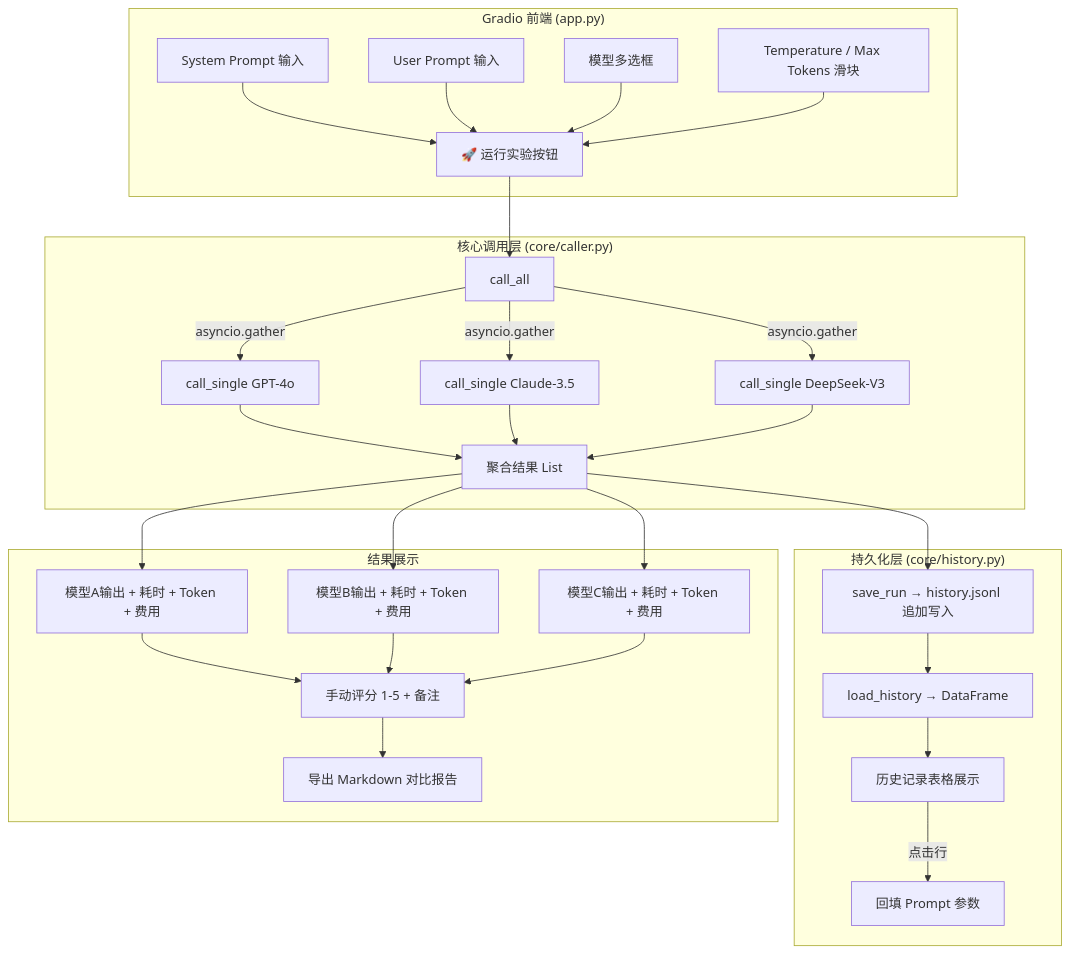
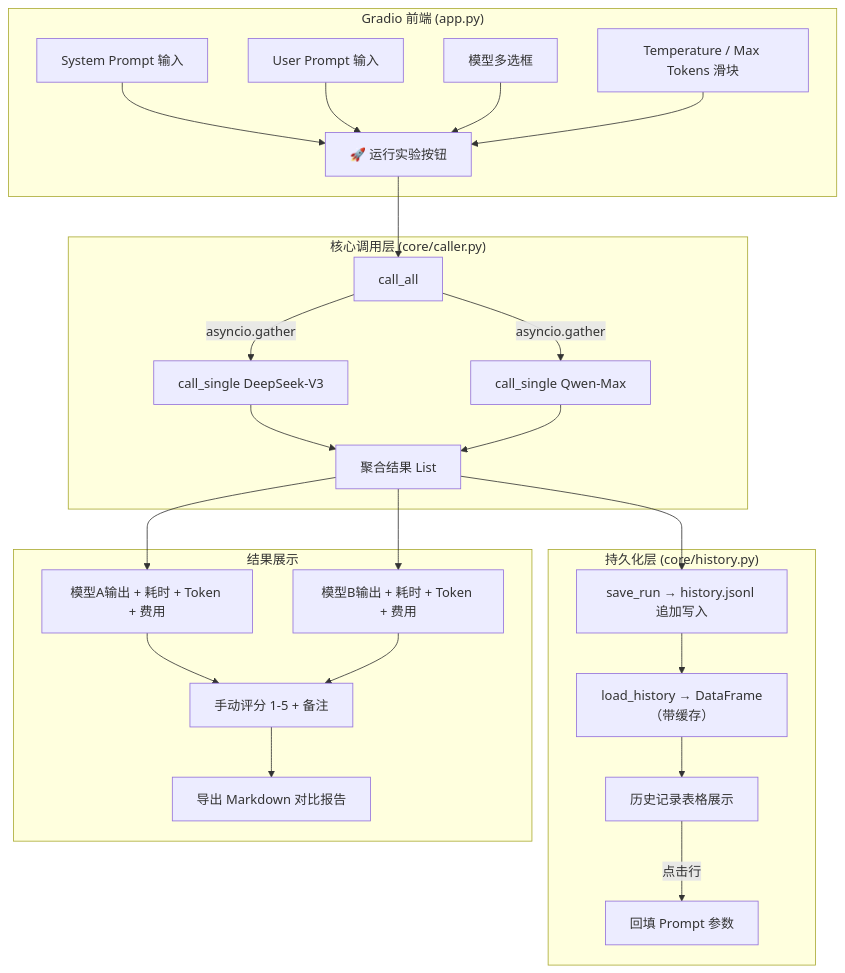
The diagram in docs/AI Agent 与大模型应用开发实战手册/第一章 大模型基础与 API 实战/1.3.2 【动手二】构建一个提示词调试器.md (swf2020/AI-Agent-in-Practice), drawn with Mermaid before and after one commit. The commit also changed other lines of this file and 40 other files, not shown here.

````diff
--- a/docs/AI Agent 与大模型应用开发实战手册/第一章 大模型基础与 API 实战/1.3.2 【动手二】构建一个提示词调试器.md
+++ b/docs/AI Agent 与大模型应用开发实战手册/第一章 大模型基础与 API 实战/1.3.2 【动手二】构建一个提示词调试器.md
@@ -17,37 +17,33 @@
 ```mermaid
 graph TD
     subgraph UI["Gradio 前端 (app.py)"]
         A[System Prompt 输入] --> E
         B[User Prompt 输入] --> E
         C[模型多选框] --> E
         D[Temperature / Max Tokens 滑块] --> E
         E[🚀 运行实验按钮]
     end
 
     subgraph Core["核心调用层 (core/caller.py)"]
         E --> F[call_all]
-        F -->|asyncio.gather| G1[call_single GPT-4o]
-        F -->|asyncio.gather| G2[call_single Claude-3.5]
-        F -->|asyncio.gather| G3[call_single DeepSeek-V3]
+        F -->|asyncio.gather| G1[call_single DeepSeek-V3]
+        F -->|asyncio.gather| G2[call_single Qwen-Max]
         G1 --> H[聚合结果 List]
         G2 --> H
-        G3 --> H
     end
 
     subgraph Storage["持久化层 (core/history.py)"]
         H --> I[save_run → history.jsonl 追加写入]
-        I --> J[load_history → DataFrame]
+        I --> J[load_history → DataFrame（带缓存）]
         J --> K[历史记录表格展示]
         K -->|点击行| L[回填 Prompt 参数]
     end
 
     subgraph Output["结果展示"]
         H --> M1[模型A输出 + 耗时 + Token + 费用]
         H --> M2[模型B输出 + 耗时 + Token + 费用]
-        H --> M3[模型C输出 + 耗时 + Token + 费用]
         M1 --> N[手动评分 1-5 + 备注]
         M2 --> N
-        M3 --> N
         N --> O[导出 Markdown 对比报告]
     end
 ```
````
